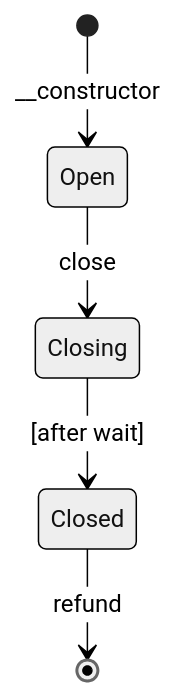
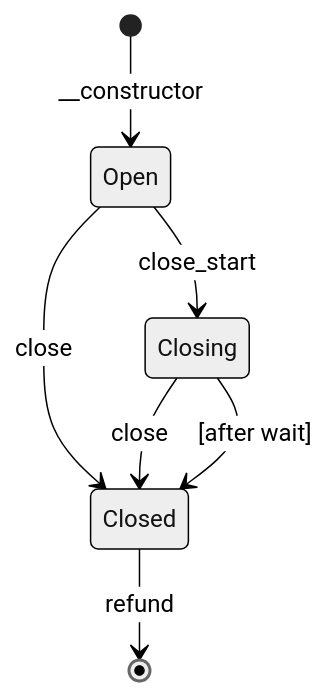
One commit to stellar-experimental/one-way-channel changed the diagram in README.md. Above: the diagram before and after it, drawn with Mermaid (neutral theme). The commit also changed other lines of this file and 47 other files, not shown here.

````diff
--- a/README.md
+++ b/README.md
@@ -41,7 +41,9 @@
 ```mermaid
 stateDiagram-v2
     [*] --> Open: __constructor
-    Open --> Closing: close
+    Open --> Closed: close
+    Open --> Closing: close_start
+    Closing --> Closed: close
     Closing --> Closed: [after wait]
     Closed --> [*]: refund
 ```
````
